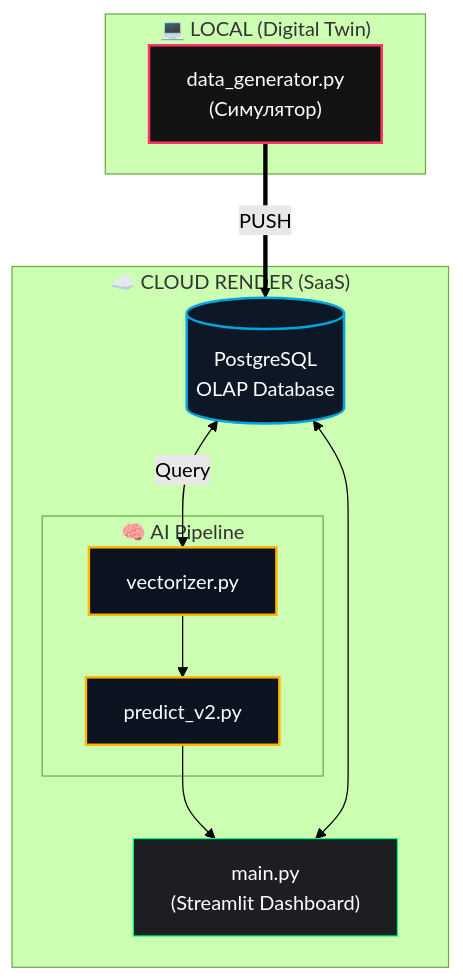
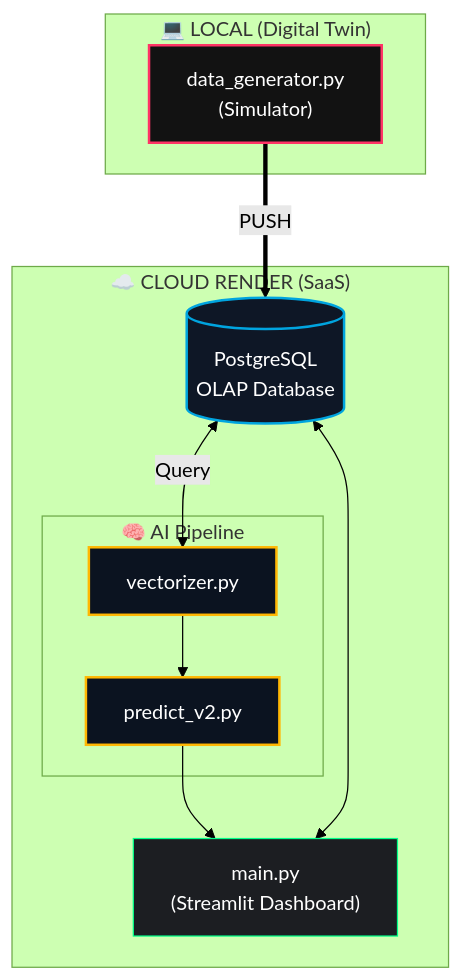
Before and after one commit to Lutvunenko-Dmutro/EnergyMonitor-OLAP: the diagram in README.md, drawn with Mermaid (forest theme). The commit also changed other lines of this file and 1 other file, not shown here.

````diff
--- a/README.md
+++ b/README.md
@@ -218,26 +222,26 @@
 ```mermaid
 graph TD
     classDef edge fill:#121212,stroke:#ff3366,stroke-width:2px,color:#fff;
     classDef db fill:#0e1726,stroke:#00a4df,stroke-width:2px,color:#fff;
     classDef ml fill:#0b1320,stroke:#ffb703,stroke-width:2px,color:#fff;
     classDef ui fill:#1c1e22,stroke:#00ff88,stroke-width:1px,color:#fff;
 
     subgraph Local ["💻 LOCAL (Digital Twin)"]
-        DG["data_generator.py\n(Симулятор)"]:::edge
+        DG["data_generator.py\n(Simulator)"]:::edge
     end
 
     subgraph Render ["☁️ CLOUD RENDER (SaaS)"]
         DB[(PostgreSQL\nOLAP Database)]:::db
         subgraph Pipeline ["🧠 AI Pipeline"]
             Vect["vectorizer.py"]:::ml
             Pred["predict_v2.py"]:::ml
         end
         UI["main.py\n(Streamlit Dashboard)"]:::ui
     end
 
     DG ==>|"PUSH"| DB
     DB <-->|"Query"| Vect
     Vect --> Pred
     Pred --> UI
     DB <--> UI
 ```
````
